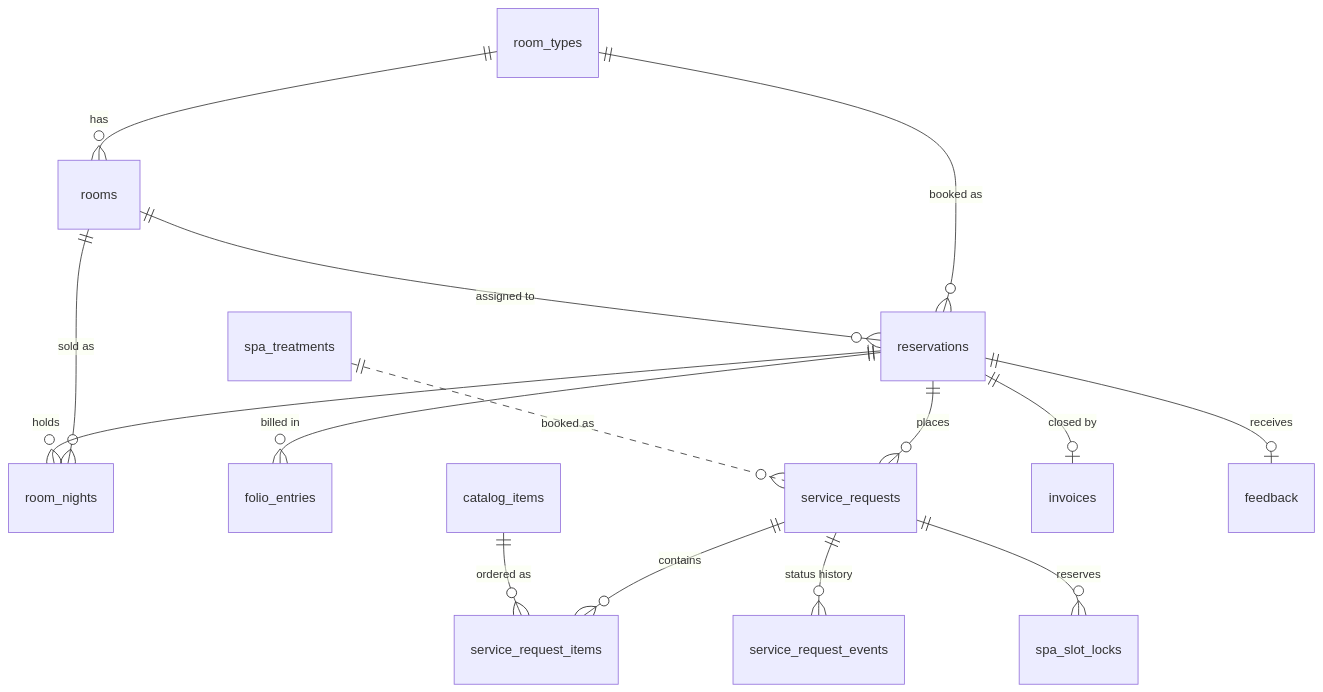
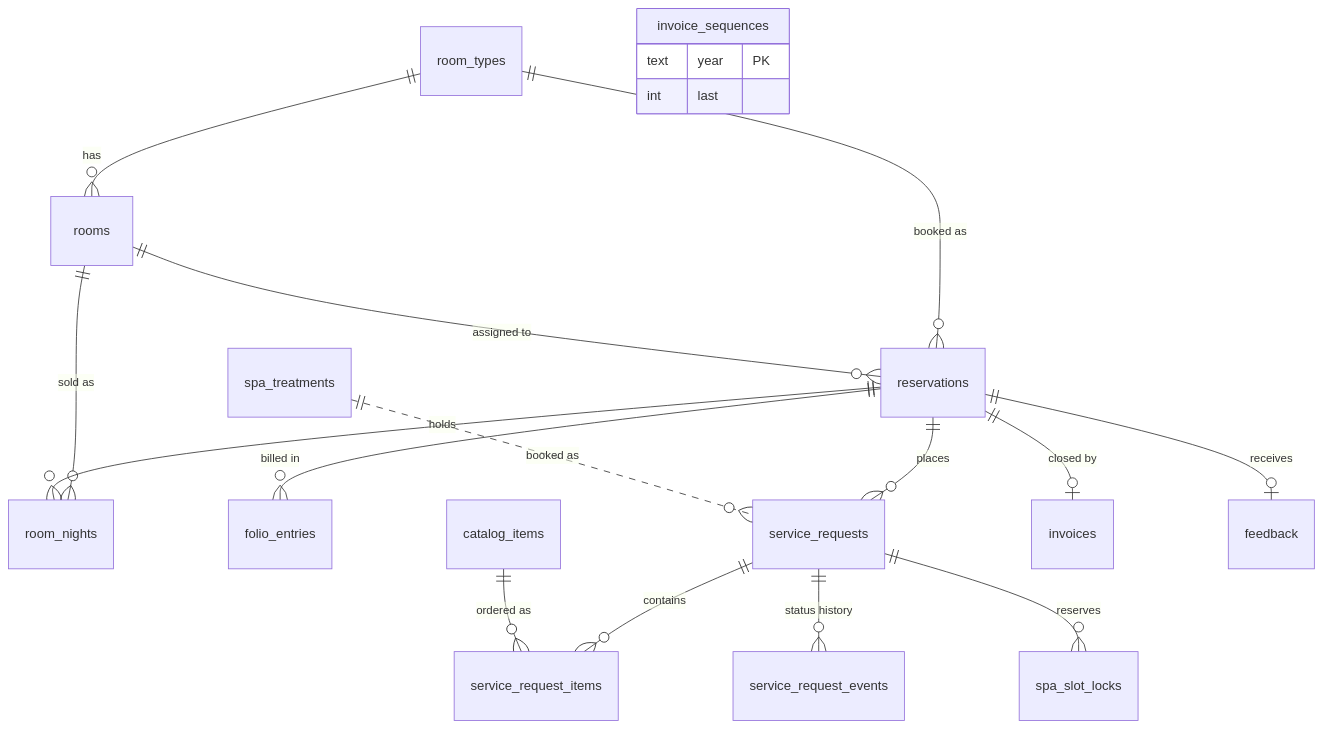
One commit to pRiMeXoMeGa/white-label-hms changed the second of 2 diagrams in README.md. Above: the diagram before and after it, drawn with Mermaid. The commit also changed other lines of this file and 78 other files, not shown here.

````diff
--- a/README.md
+++ b/README.md
@@ -129,17 +129,21 @@
 ```mermaid
 erDiagram
   room_types ||--o{ rooms : has
   room_types ||--o{ reservations : "booked as"
   rooms ||--o{ reservations : "assigned to"
   rooms ||--o{ room_nights : "sold as"
   reservations ||--o{ room_nights : holds
   reservations ||--o{ folio_entries : "billed in"
   reservations ||--o{ service_requests : places
   service_requests ||--o{ service_request_items : contains
   service_requests ||--o{ service_request_events : "status history"
   service_requests ||--o{ spa_slot_locks : reserves
   catalog_items ||--o{ service_request_items : "ordered as"
   spa_treatments ||..o{ service_requests : "booked as"
   reservations ||--o| invoices : "closed by"
   reservations ||--o| feedback : receives
+  invoice_sequences {
+    text year PK
+    int last
+  }
 ```
````
